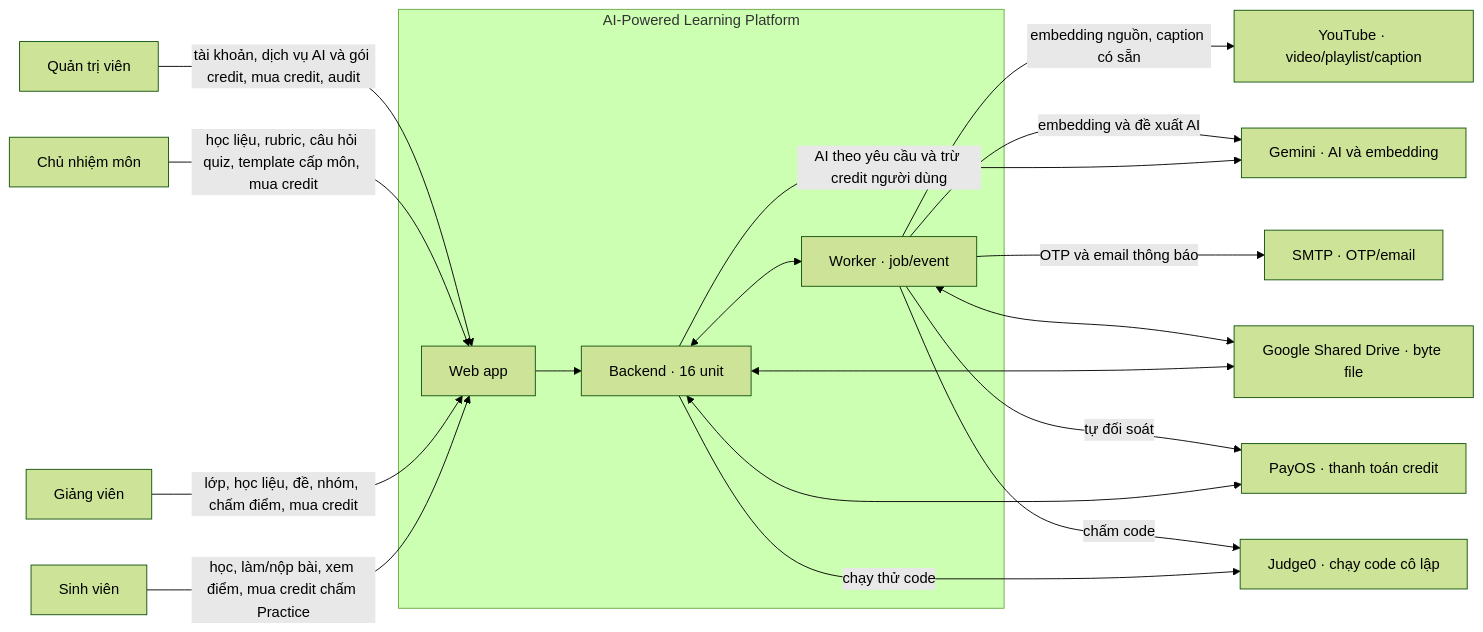
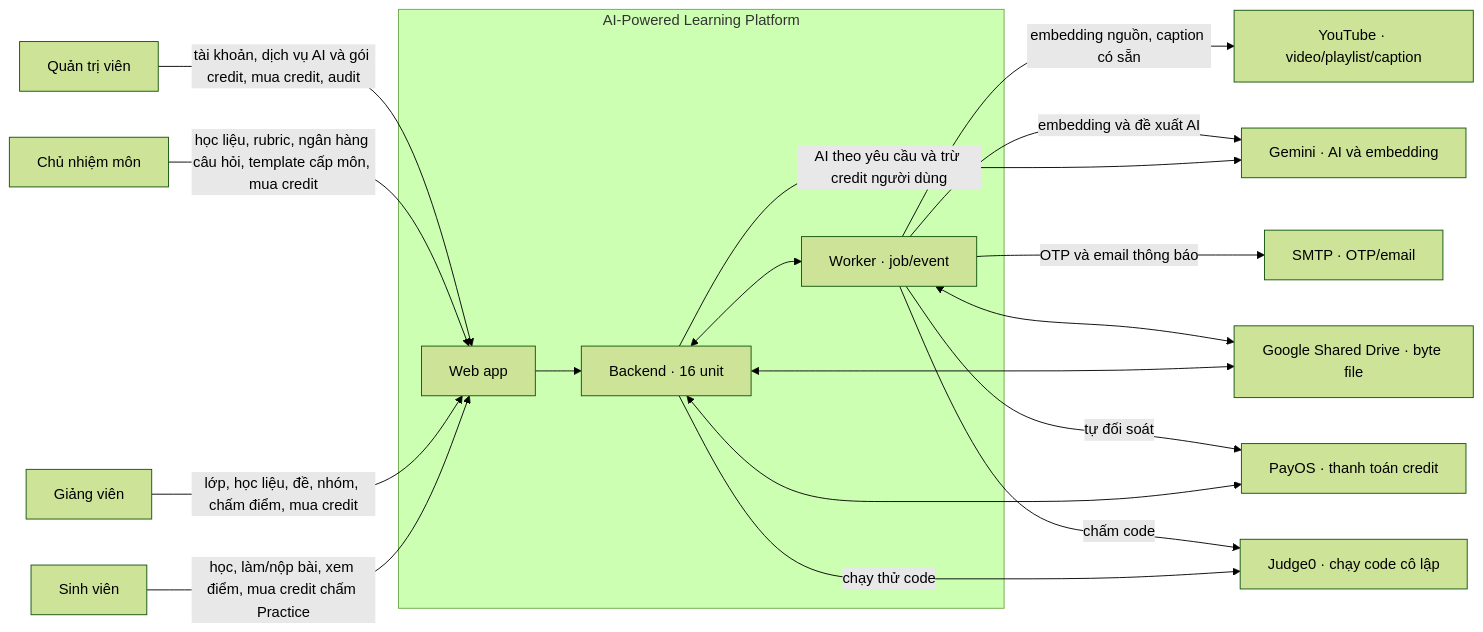
One commit to hygef-v4/AI-Powered-Learning-Platform changed the diagram in docs/context-diagram.md. Above: the diagram before and after it, drawn with Mermaid (forest theme). The commit also changed 7 other files, not shown here.

````diff
--- a/docs/context-diagram.md
+++ b/docs/context-diagram.md
@@ -5,34 +5,34 @@
 ```mermaid
 flowchart LR
     learner["Sinh viên"]
     teacher["Giảng viên"]
     manager["Chủ nhiệm môn"]
     admin["Quản trị viên"]
     subgraph platform["AI-Powered Learning Platform"]
         web["Web app"]
         backend["Backend · 16 unit"]
         worker["Worker · job/event"]
         web --> backend
         backend <--> worker
     end
     ai["Gemini · AI và embedding"]
     youtube["YouTube · video/playlist/caption"]
     drive["Google Shared Drive · byte file"]
     payos["PayOS · thanh toán credit"]
     smtp["SMTP · OTP/email"]
     judge["Judge0 · chạy code cô lập"]
     learner -->|"học, làm/nộp bài, xem điểm, mua credit chấm Practice"| web
     teacher -->|"lớp, học liệu, đề, nhóm, chấm điểm, mua credit"| web
-    manager -->|"học liệu, rubric, câu hỏi quiz, template cấp môn, mua credit"| web
+    manager -->|"học liệu, rubric, ngân hàng câu hỏi, template cấp môn, mua credit"| web
     admin -->|"tài khoản, dịch vụ AI và gói credit, mua credit, audit"| web
     backend -->|"AI theo yêu cầu và trừ credit người dùng"| ai
     worker -->|"embedding nguồn, caption có sẵn"| youtube
     worker -->|"embedding và đề xuất AI"| ai
     backend <--> drive
     worker <--> drive
     backend <--> payos
     worker -->|"tự đối soát"| payos
     worker -->|"OTP và email thông báo"| smtp
     backend -->|"chạy thử code"| judge
     worker -->|"chấm code"| judge
 ```
````
